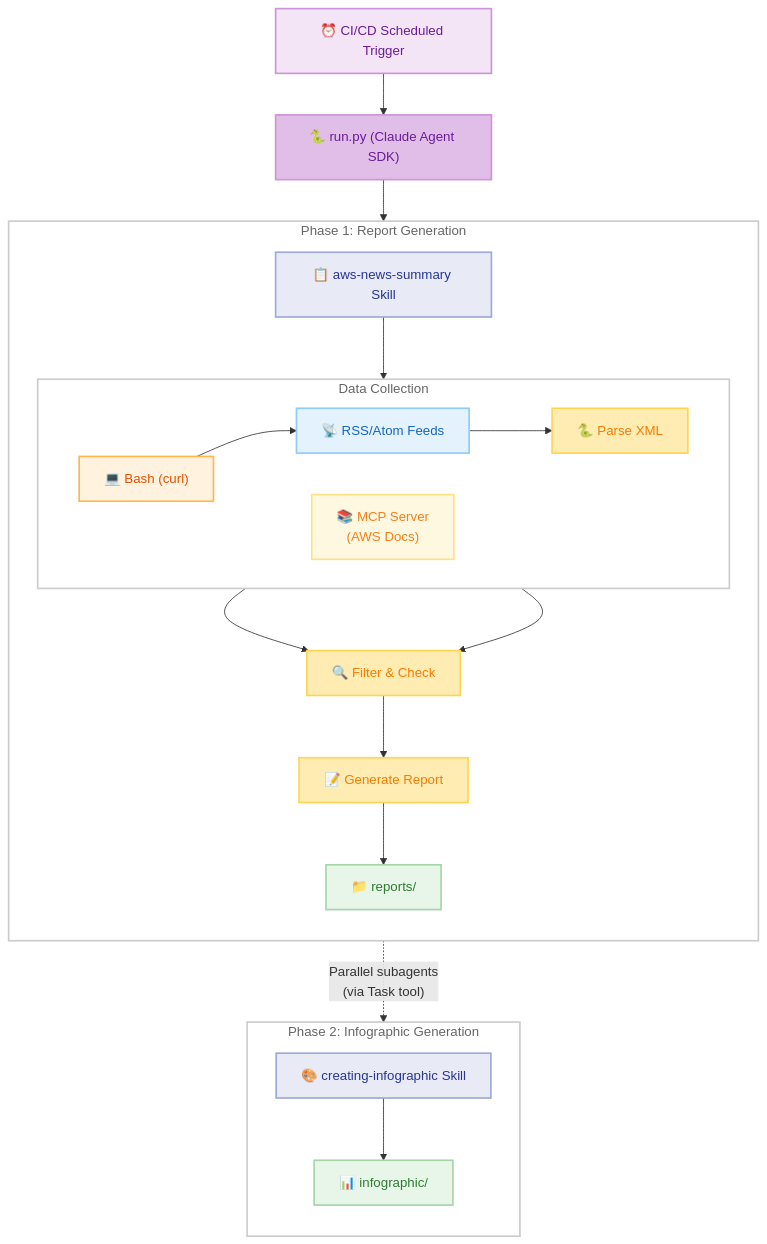
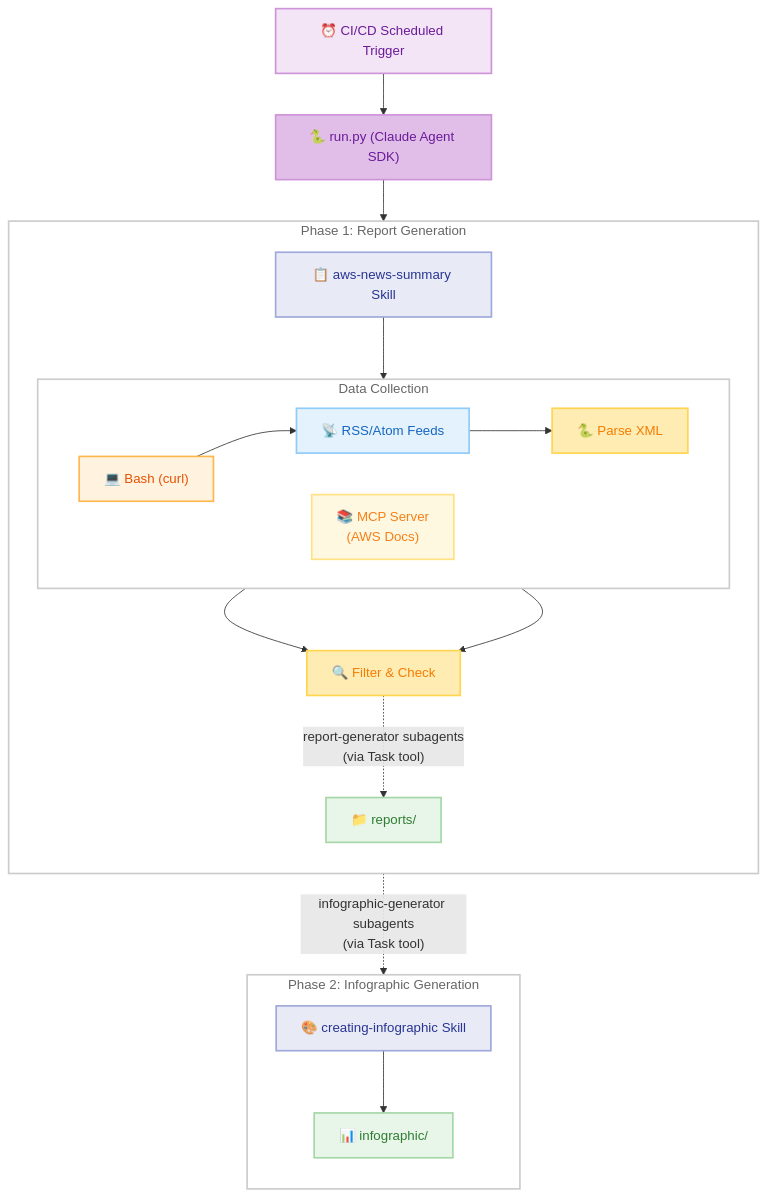
Before and after one commit to takech9203/awsnews-summary: the first of 4 diagrams in README-en.md, drawn with Mermaid. The commit also changed other lines of this file and 1 other file, not shown here.

First line of the commit message:
feat(docs): update architecture diagrams to reflect batch processing

````diff
--- a/README-en.md
+++ b/README-en.md
@@ -31,62 +31,60 @@
 ```mermaid
 flowchart TD
     Trigger["⏰ CI/CD Scheduled Trigger"]
     SDK["🐍 run.py (Claude Agent SDK)"]
 
     Trigger --> SDK
 
     subgraph Phase1["Phase 1: Report Generation"]
         direction TB
         Skill["📋 aws-news-summary Skill"]
 
         subgraph Collect["Data Collection"]
             direction LR
             Bash["💻 Bash (curl)"]
             Feeds["📡 RSS/Atom Feeds"]
             Parse["🐍 Parse XML"]
             MCP["📚 MCP Server<br/>(AWS Docs)"]
             Bash --> Feeds --> Parse
             Bash ~~~ MCP
         end
 
         Filter["🔍 Filter & Check"]
-        Generate["📝 Generate Report"]
         Reports["📁 reports/"]
 
         Skill --> Collect
         Parse --> Filter
         MCP --> Filter
-        Filter --> Generate
-        Generate --> Reports
+        Filter -.->|"report-generator subagents<br/>(via Task tool)"| Reports
     end
 
     subgraph Phase2["Phase 2: Infographic Generation"]
         direction TB
         InfSkill["🎨 creating-infographic Skill"]
         Infographic["📊 infographic/"]
         InfSkill --> Infographic
     end
 
     SDK --> Phase1
-    Reports -.->|"Parallel subagents<br/>(via Task tool)"| Phase2
+    Reports -.->|"infographic-generator subagents<br/>(via Task tool)"| Phase2
 
     classDef ci fill:#F3E5F5,stroke:#CE93D8,stroke-width:2px,color:#6A1B9A
     classDef sdk fill:#E1BEE7,stroke:#CE93D8,stroke-width:2px,color:#6A1B9A
     classDef agent fill:#E8EAF6,stroke:#9FA8DA,stroke-width:2px,color:#283593
     classDef bash fill:#FFF3E0,stroke:#FFB74D,stroke-width:2px,color:#E65100
     classDef sources fill:#E3F2FD,stroke:#90CAF9,stroke-width:2px,color:#1565C0
     classDef mcp fill:#FFF8E1,stroke:#FFE082,stroke-width:2px,color:#F57F17
     classDef process fill:#FFECB3,stroke:#FFD54F,stroke-width:2px,color:#F57C00
     classDef output fill:#E8F5E9,stroke:#A5D6A7,stroke-width:2px,color:#2E7D32
     classDef frame fill:none,stroke:#CCCCCC,stroke-width:2px,color:#666666
 
     class Trigger ci
     class SDK sdk
     class Skill,InfSkill agent
     class Bash bash
     class Feeds sources
     class MCP mcp
     class Parse,Filter,Generate process
     class Reports,Infographic output
     class Phase1,Phase2,Collect frame
 ```
````
